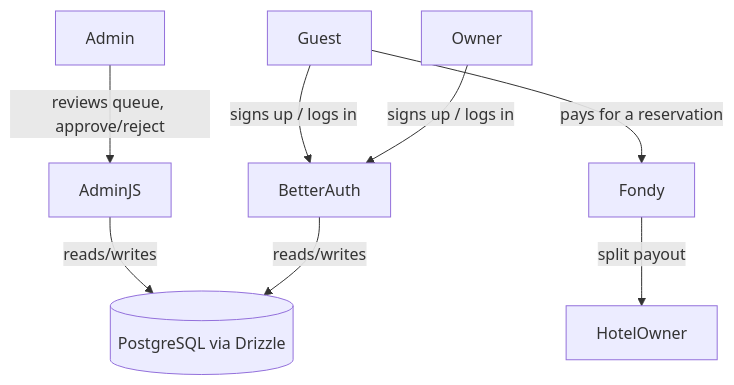
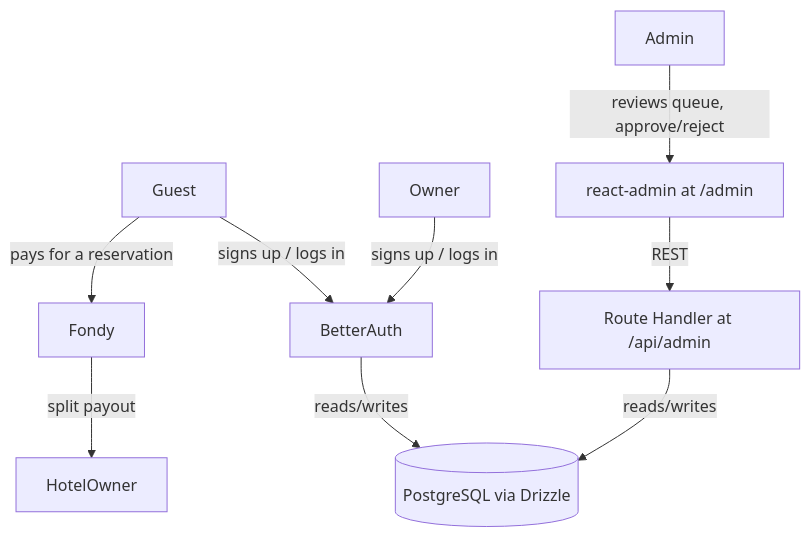
The diagram in .design/main/specifications/l2-third-party-integrations.md (teratron/booking), drawn with Mermaid before and after one commit. The commit also changed other lines of this file and 8 other files, not shown here.

First line of the commit message:
project(main): implement react-admin back office, update auth flow

````diff
--- a/.design/main/specifications/l2-third-party-integrations.md
+++ b/.design/main/specifications/l2-third-party-integrations.md
@@ -131,10 +169,11 @@
 ```mermaid
 graph TD
     Guest -->|signs up / logs in| BetterAuth
     Owner -->|signs up / logs in| BetterAuth
     Guest -->|pays for a reservation| Fondy
     Fondy -->|split payout| HotelOwner
-    Admin -->|reviews queue, approve/reject| AdminJS
-    AdminJS -->|reads/writes| Postgres[(PostgreSQL via Drizzle)]
+    Admin -->|reviews queue, approve/reject| ReactAdmin[react-admin at /admin]
+    ReactAdmin -->|REST| AdminApi[Route Handler at /api/admin]
+    AdminApi -->|reads/writes| Postgres[(PostgreSQL via Drizzle)]
     BetterAuth -->|reads/writes| Postgres
 ```
````
